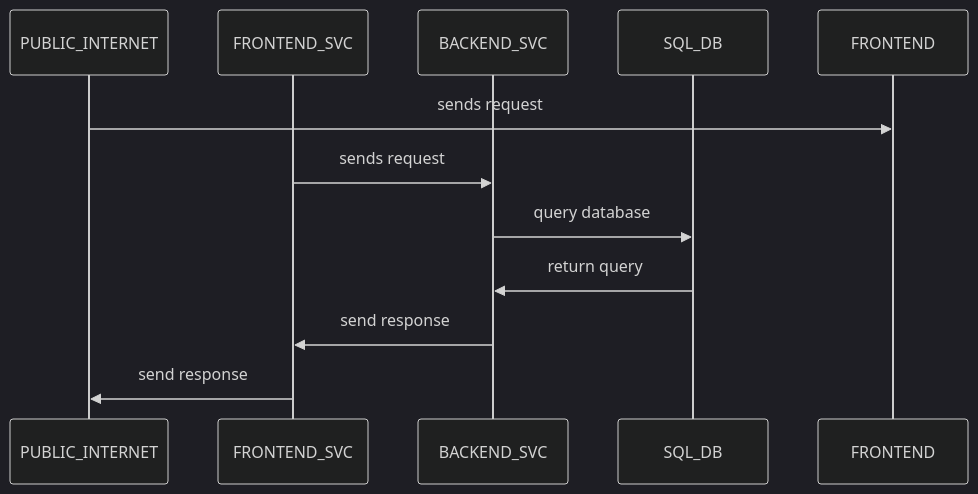
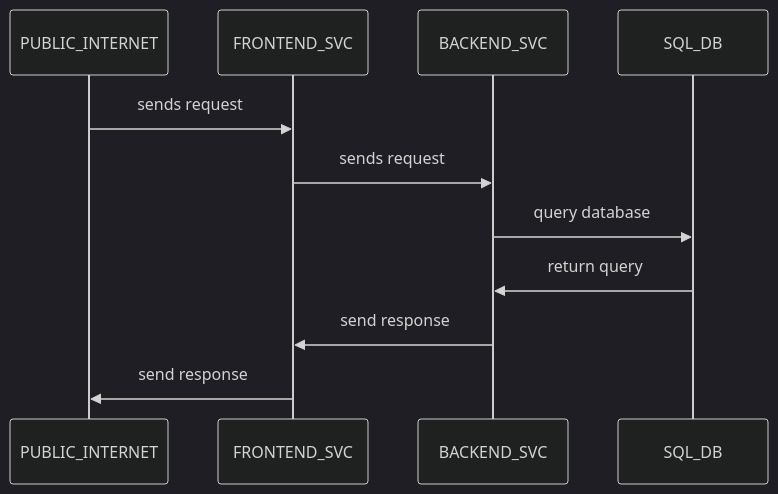
Before and after one commit to mxava/mcbroken-ml: the second of 2 diagrams in architecture.md, drawn with Mermaid (dark theme).

````diff
--- a/architecture.md
+++ b/architecture.md
@@ -18,14 +18,14 @@
 ```mermaid
 sequenceDiagram
    participant PUBLIC_INTERNET
    participant FRONTEND_SVC
    participant BACKEND_SVC
    participant SQL_DB
 
-   PUBLIC_INTERNET->>FRONTEND: sends request
+   PUBLIC_INTERNET->>FRONTEND_SVC: sends request
    FRONTEND_SVC->>BACKEND_SVC: sends request
    BACKEND_SVC->>SQL_DB: query database
    SQL_DB->>BACKEND_SVC: return query
    BACKEND_SVC->>FRONTEND_SVC: send response
    FRONTEND_SVC->>PUBLIC_INTERNET: send response
 ```
````
